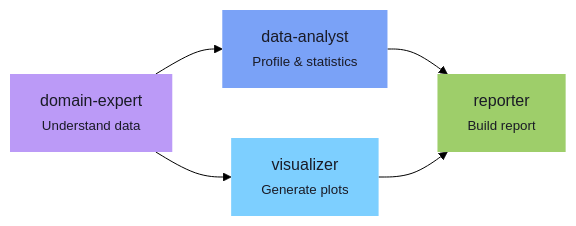
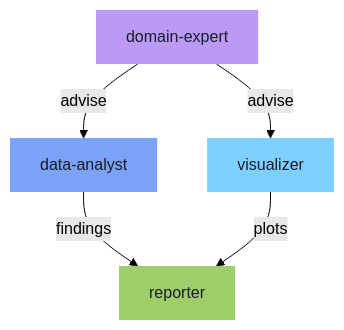
One commit to jum-matsukuma/MultiAgentAnalytics changed the diagram in README.md. Above: the diagram before and after it, drawn with Mermaid (forest theme).

Commit message:
fix(docs): switch mermaid diagram to top-down layout
Prevent text cutoff in agent flow diagram by changing graph LR to TD
and simplifying node labels with edge annotations.

````diff
--- a/README.md
+++ b/README.md
@@ -31,11 +31,11 @@
 ```mermaid
-graph LR
-    A["domain-expert<br/><small>Understand data</small>"] --> B["data-analyst<br/><small>Profile & statistics</small>"]
-    A --> C["visualizer<br/><small>Generate plots</small>"]
-    B --> D["reporter<br/><small>Build report</small>"]
-    C --> D
+graph TD
+    A["domain-expert"] -->|advise| B["data-analyst"]
+    A -->|advise| C["visualizer"]
+    B -->|findings| D["reporter"]
+    C -->|plots| D
     style A fill:#bb9af7,color:#1a1b26,stroke:none
     style B fill:#7aa2f7,color:#1a1b26,stroke:none
     style C fill:#7dcfff,color:#1a1b26,stroke:none
     style D fill:#9ece6a,color:#1a1b26,stroke:none
 ```
````
